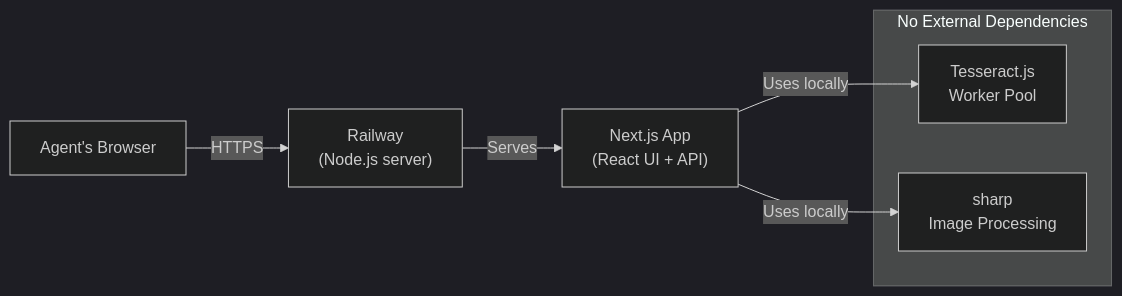
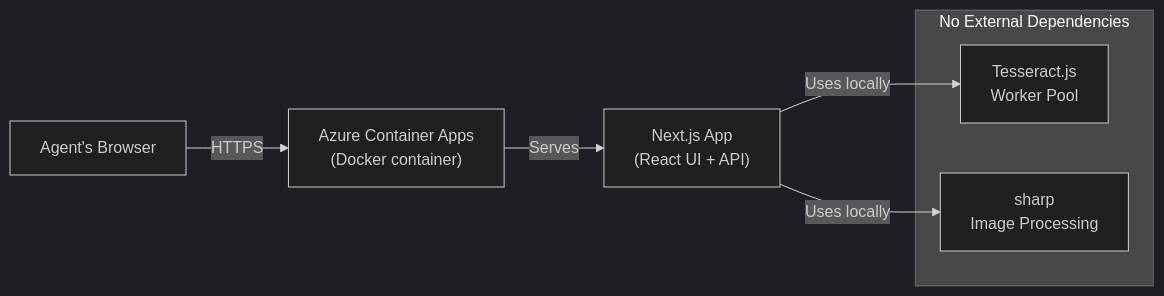
The third of 3 diagrams in docs/ARCHITECTURE.md (Suntek-Solutions/ttbgov), drawn with Mermaid (dark theme) before and after one commit. The commit also changed other lines of this file and 17 other files, not shown here.

````diff
--- a/docs/ARCHITECTURE.md
+++ b/docs/ARCHITECTURE.md
@@ -227,12 +271,12 @@
 ```mermaid
 flowchart LR
-    Browser["Agent's Browser"] -->|HTTPS| Railway["Railway\n(Node.js server)"]
-    Railway -->|Serves| NextApp["Next.js App\n(React UI + API)"]
+    Browser["Agent's Browser"] -->|HTTPS| AzureCA["Azure Container Apps\n(Docker container)"]
+    AzureCA -->|Serves| NextApp["Next.js App\n(React UI + API)"]
     NextApp -->|Uses locally| TessWorker["Tesseract.js\nWorker Pool"]
     NextApp -->|Uses locally| SharpLib["sharp\nImage Processing"]
 
     subgraph noExternal [No External Dependencies]
         TessWorker
         SharpLib
     end
 ```
````
